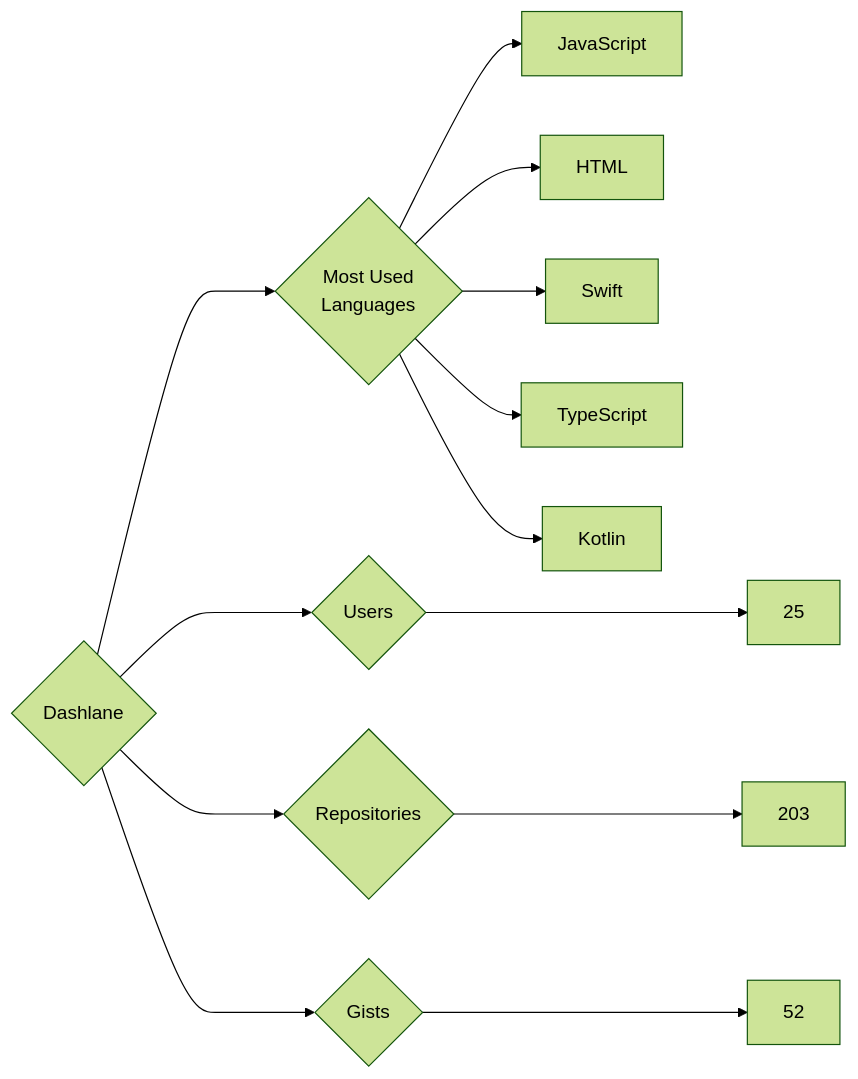
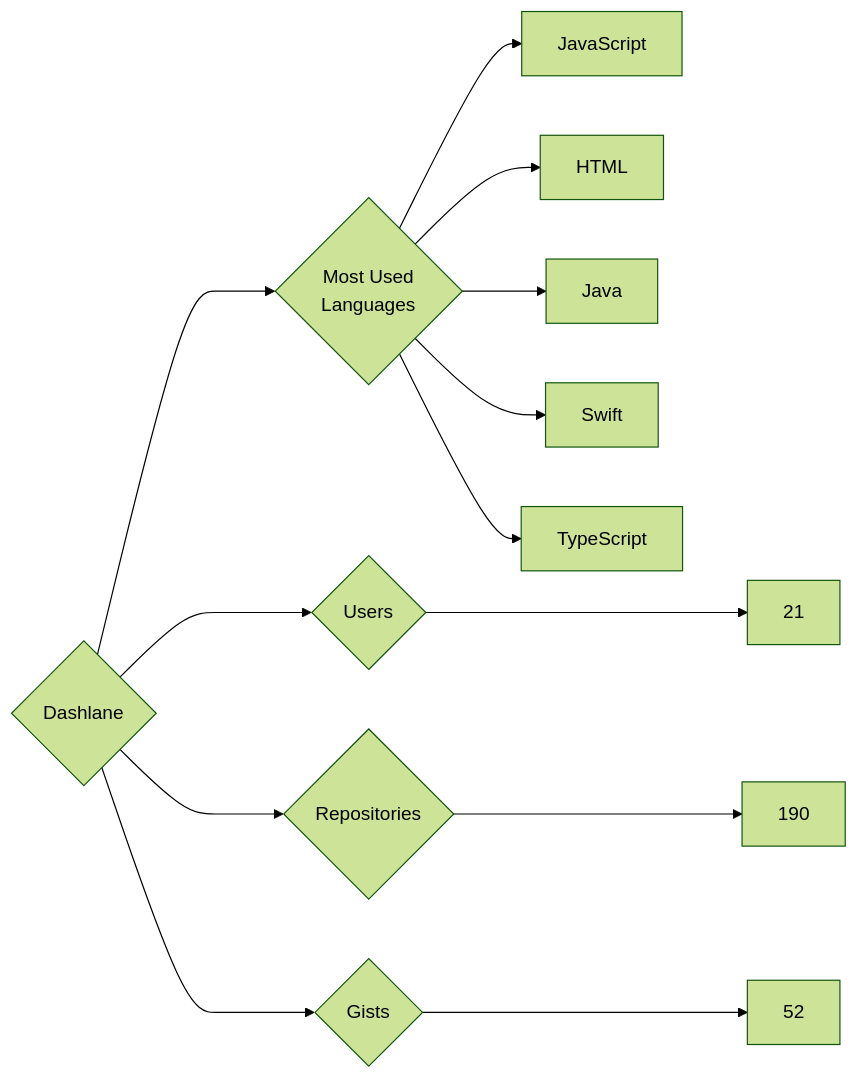
One commit to trickest/insiders changed the diagram in targets/Dashlane/README.md. Above: the diagram before and after it, drawn with Mermaid (forest theme). The commit also changed 823 other files, not shown here.

````diff
--- a/targets/Dashlane/README.md
+++ b/targets/Dashlane/README.md
@@ -3,13 +3,13 @@
 ```mermaid
 graph LR
 COMPANY_NAME{Dashlane}
-COMPANY_NAME ---> U{Users} ---> UN[25]
-COMPANY_NAME ---> R{Repositories} ---> RN[203]
+COMPANY_NAME ---> U{Users} ---> UN[21]
+COMPANY_NAME ---> R{Repositories} ---> RN[190]
 COMPANY_NAME ---> G{Gists} ---> GN[52]
 COMPANY_NAME ---> ML{Most Used<br>Languages}
 ML --> JavaScript[JavaScript]
 ML --> HTML[HTML]
+ML --> Java[Java]
 ML --> Swift[Swift]
 ML --> TypeScript[TypeScript]
-ML --> Kotlin[Kotlin]
 ```
````
